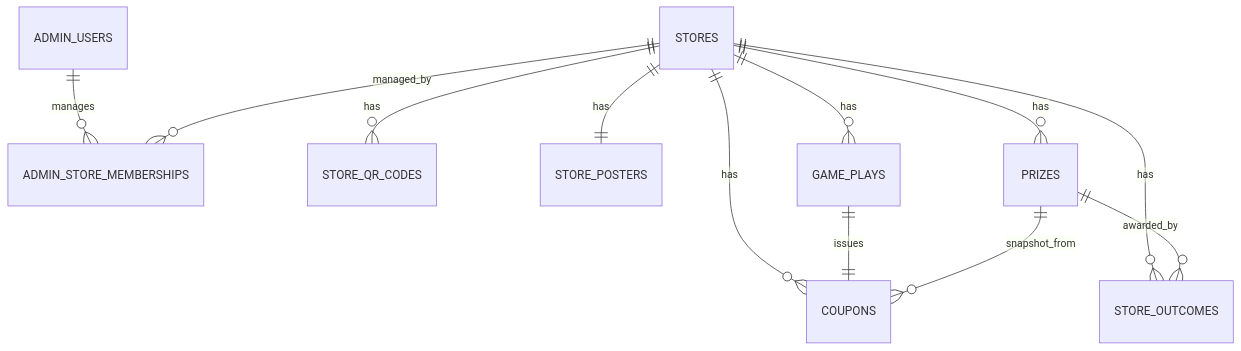
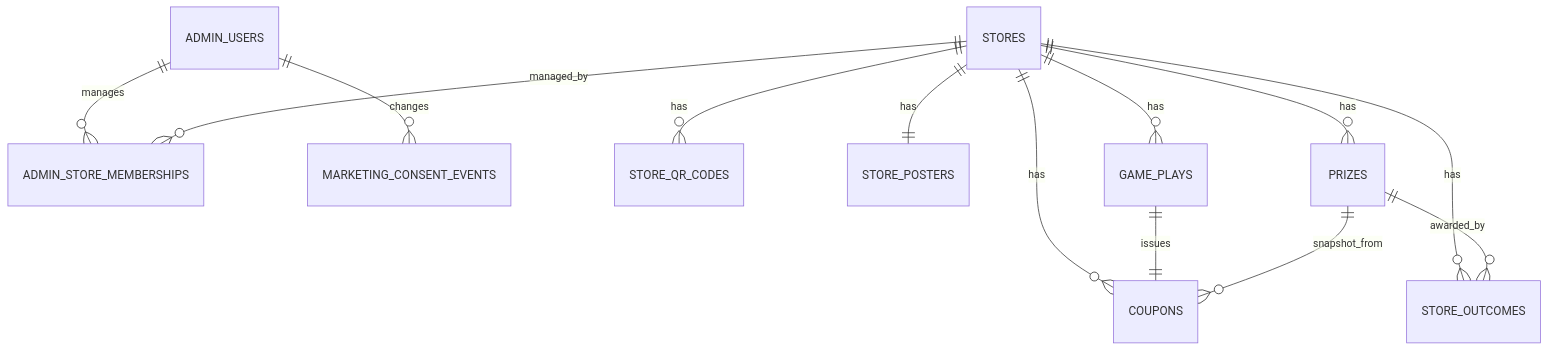
One commit to Eehoyoung/yut-review changed the diagram in 04_ERD.md. Above: the diagram before and after it, drawn with Mermaid. The commit also changed other lines of this file and 21 other files, not shown here.

Commit message:
feat: add service-specific SMS marketing consent

````diff
--- a/04_ERD.md
+++ b/04_ERD.md
@@ -4,14 +4,15 @@
 ```mermaid
 erDiagram
     ADMIN_USERS ||--o{ ADMIN_STORE_MEMBERSHIPS : manages
+    ADMIN_USERS ||--o{ MARKETING_CONSENT_EVENTS : changes
     STORES ||--o{ ADMIN_STORE_MEMBERSHIPS : managed_by
     STORES ||--o{ STORE_QR_CODES : has
     STORES ||--|| STORE_POSTERS : has
     STORES ||--o{ PRIZES : has
     STORES ||--o{ STORE_OUTCOMES : has
     STORES ||--o{ GAME_PLAYS : has
     STORES ||--o{ COUPONS : has
     GAME_PLAYS ||--|| COUPONS : issues
     PRIZES ||--o{ COUPONS : snapshot_from
     PRIZES ||--o{ STORE_OUTCOMES : awarded_by
 ```
````
